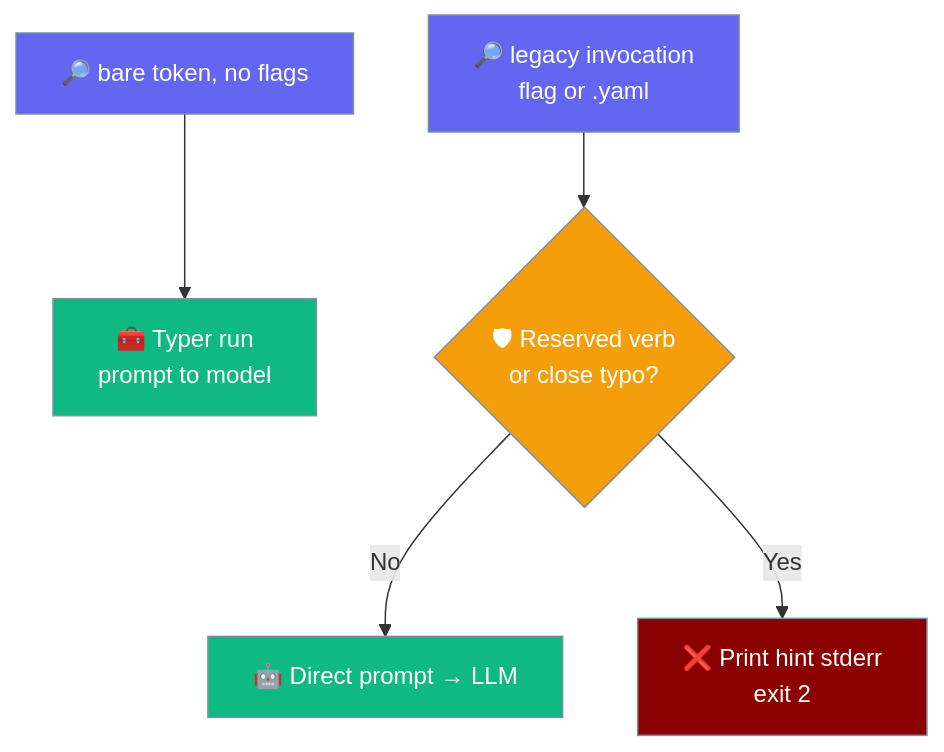
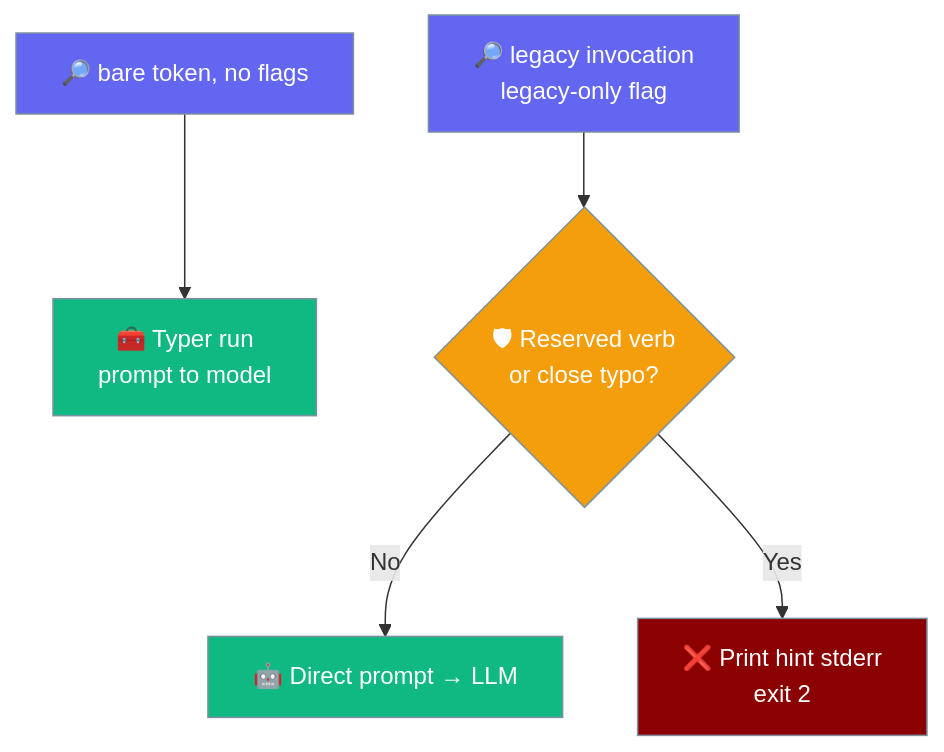
One commit to MervinPraison/PraisonAIDocs changed the fifth of 5 diagrams in docs/features/cli-dispatcher.mdx. Above: the diagram before and after it, drawn with Mermaid. The commit also changed other lines of this file and 3 other files, not shown here.

````diff
--- a/docs/features/cli-dispatcher.mdx
+++ b/docs/features/cli-dispatcher.mdx
@@ -295,17 +314,17 @@
 ```mermaid
 graph TB
     Bare[🔎 bare token, no flags] --> Run[🧰 Typer run<br/>prompt to model]
-    Flagged[🔎 legacy invocation<br/>flag or .yaml] --> G{🛡 Reserved verb<br/>or close typo?}
+    Flagged[🔎 legacy invocation<br/>legacy-only flag] --> G{🛡 Reserved verb<br/>or close typo?}
     G -->|No| Prompt[🤖 Direct prompt → LLM]
     G -->|Yes| Guard[❌ Print hint stderr<br/>exit 2]
 
     classDef input fill:#6366F1,stroke:#7C90A0,color:#fff
     classDef check fill:#F59E0B,stroke:#7C90A0,color:#fff
     classDef route fill:#10B981,stroke:#7C90A0,color:#fff
     classDef agent fill:#8B0000,stroke:#7C90A0,color:#fff
 
     class Bare,Flagged input
     class G check
     class Run,Prompt route
     class Guard agent
 ```
````
